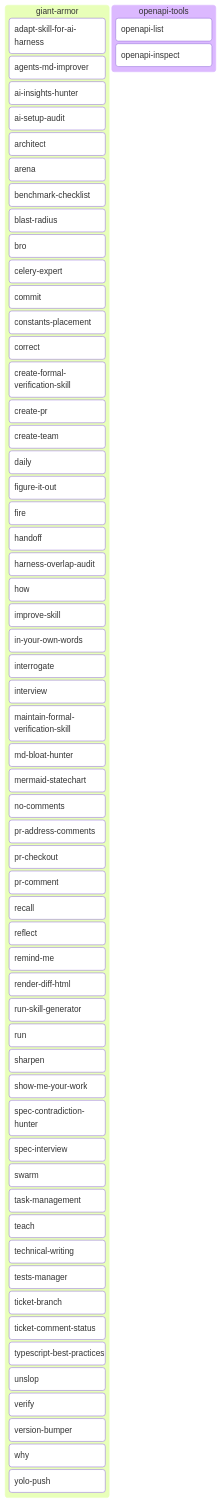
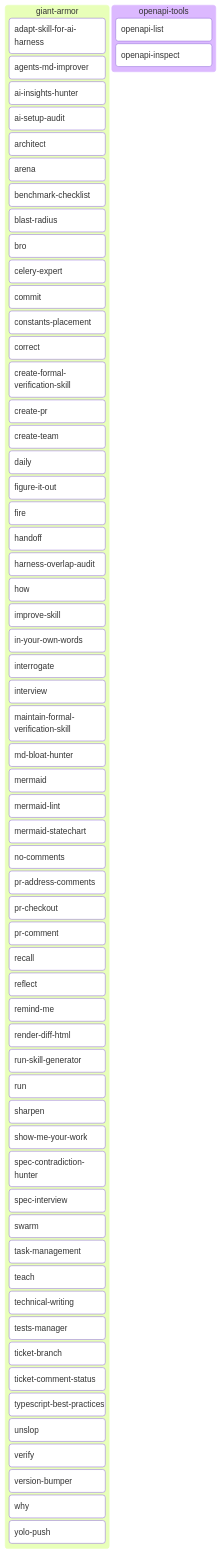
Before and after one commit to Alex-Kopylov/zweihander: the second of 3 diagrams in README.md, drawn with Mermaid. The commit also changed other lines of this file and 171 other files, not shown here.

Commit message:
refactor!: merge mermaid-diagrams into giant-armor

````diff
--- a/README.md
+++ b/README.md
@@ -83,63 +74,65 @@
 ```mermaid
 kanban
   giant_armor[giant-armor]
     aao_adapt_skill_for_ai_harness[adapt-skill-for-ai-harness]
     aao_agents_md_improver[agents-md-improver]
     aao_ai_insights_hunter[ai-insights-hunter]
     aao_ai_setup_audit[ai-setup-audit]
     ga_architect[architect]
     ga_arena[arena]
     ga_benchmark_checklist[benchmark-checklist]
     ga_blast_radius[blast-radius]
     ga_bro[bro]
     pdw_celery_expert[celery-expert]
     dw_commit[commit]
     pdw_constants_placement[constants-placement]
     ga_correct[correct]
     ga_create_formal_verification_skill[create-formal-verification-skill]
     dw_create_pr[create-pr]
     wst_create_team[create-team]
     wst_daily[daily]
     ga_figure_it_out[figure-it-out]
     ga_fire[fire]
     wst_handoff[handoff]
     aao_harness_overlap_audit[harness-overlap-audit]
     ga_how[how]
     aao_improve_skill[improve-skill]
     ga_in_your_own_words[in-your-own-words]
     ga_interrogate[interrogate]
     wst_interview[interview]
     ga_maintain_formal_verification_skill[maintain-formal-verification-skill]
     aao_md_bloat_hunter[md-bloat-hunter]
+    md_mermaid[mermaid]
+    md_mermaid_lint[mermaid-lint]
     ga_mermaid_statechart[mermaid-statechart]
     ga_no_comments[no-comments]
     dw_pr_address_comments[pr-address-comments]
     dw_pr_checkout[pr-checkout]
     dw_pr_comment[pr-comment]
     ga_recall[recall]
     ga_reflect[reflect]
     ga_remind_me[remind-me]
     dw_render_diff_html[render-diff-html]
     rva_run_skill_generator[run-skill-generator]
     rva_run[run]
     ga_sharpen[sharpen]
     ga_show_me_your_work[show-me-your-work]
     dw_spec_contradiction_hunter[spec-contradiction-hunter]
     dw_spec_interview[spec-interview]
     ga_swarm[swarm]
     wst_task_management[task-management]
     ga_teach[teach]
     ga_technical_writing[technical-writing]
     pdw_tests_manager[tests-manager]
     dw_ticket_branch[ticket-branch]
     dw_ticket_comment_status[ticket-comment-status]
     ga_typescript_best_practices[typescript-best-practices]
     ga_unslop[unslop]
     rva_verify[verify]
     dw_version_bumper[version-bumper]
     ga_why[why]
     dw_yolo_push[yolo-push]
   openapi_tools[openapi-tools]
     oat_openapi_list[openapi-list]
     oat_openapi_inspect[openapi-inspect]
 ```
````
